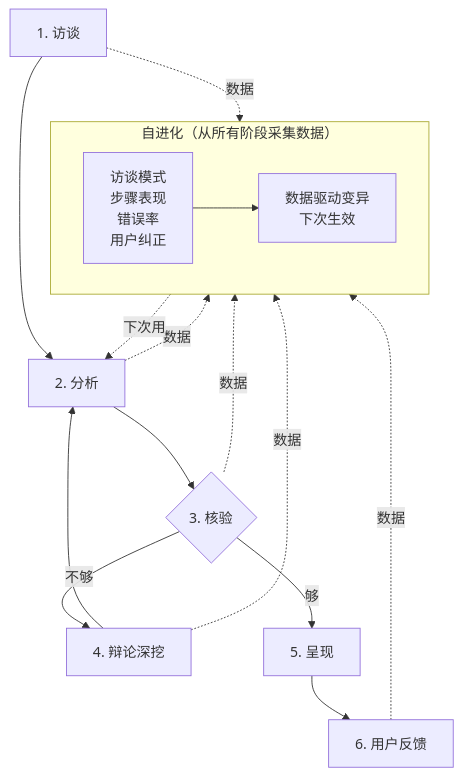
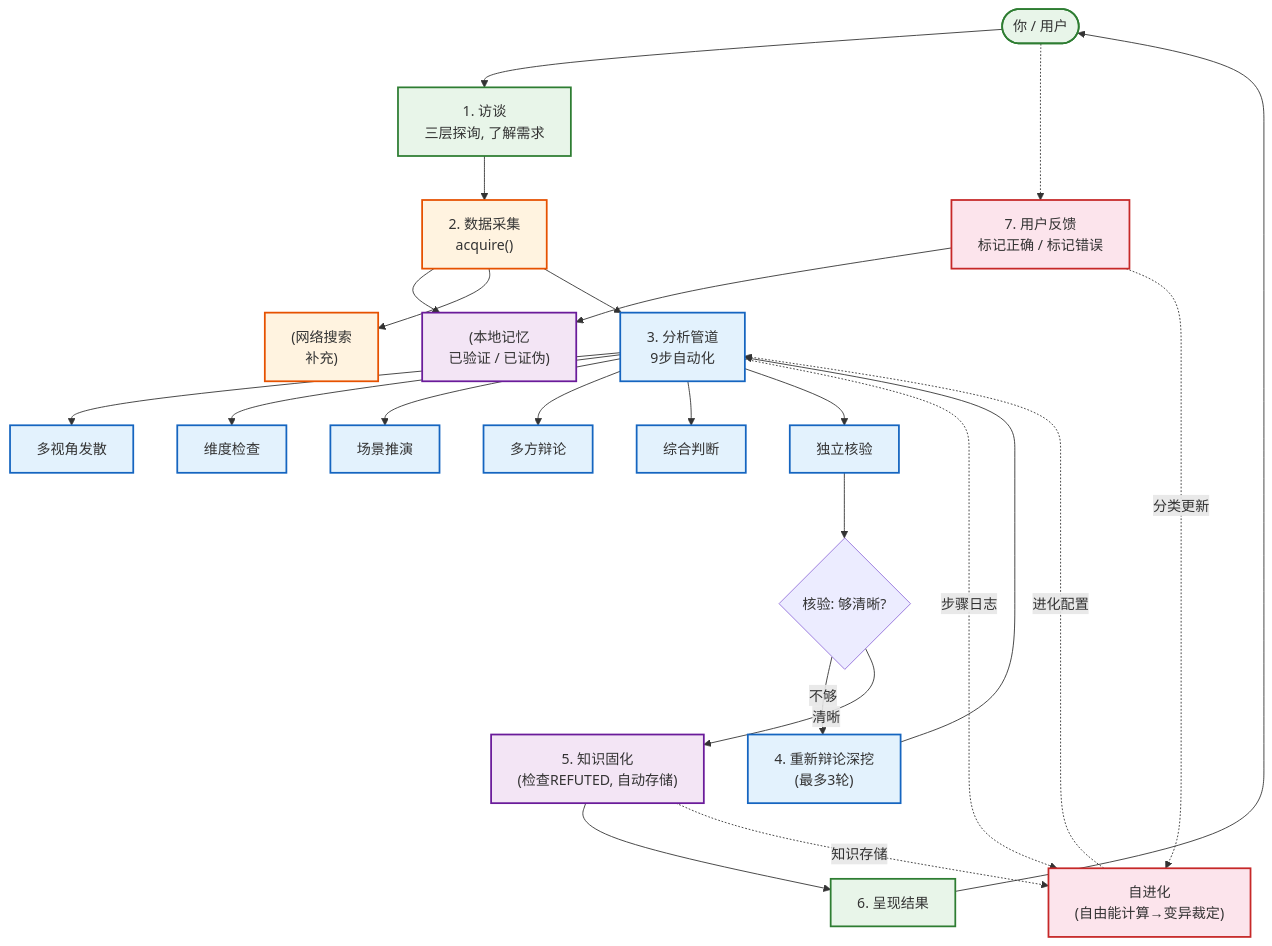
Before and after one commit to ljjluke/ponder-skill: the diagram in README_CN.md, drawn with Mermaid. The commit also changed other lines of this file and 1 other file, not shown here.

Commit message:
docs: 架构图重绘(基于代码扫描)+ README布局优化
- 彩色Mermaid架构图(5色分层:用户/管道/数据/记忆/进化)
- 双栏布局: 左侧功能介绍, 右侧快速安装
- 中英文同步
- 基于实际代码扫描绘制, 非LLM臆想

````diff
--- a/README_CN.md
+++ b/README_CN.md
@@ -39,21 +59,37 @@
 ```mermaid
 flowchart TB
-    subgraph SE["自进化（从所有阶段采集数据）"]
-        direction LR
-        SE_IN["访谈模式<br/>步骤表现<br/>错误率<br/>用户纠正"] --> SE_OUT["数据驱动变异<br/>下次生效"]
-    end
+    classDef user fill:#e8f5e9,stroke:#2e7d32,stroke-width:2px
+    classDef pipeline fill:#e3f2fd,stroke:#1565c0,stroke-width:2px
+    classDef data fill:#fff3e0,stroke:#e65100,stroke-width:2px
+    classDef memory fill:#f3e5f5,stroke:#6a1b9a,stroke-width:2px
+    classDef evolve fill:#fce4ec,stroke:#c62828,stroke-width:2px
 
-    A["1. 访谈"] --> B["2. 分析"]
-    B --> C{"3. 核验"}
-    C -->|不够| D["4. 辩论深挖"]
-    D --> B
-    C -->|够| E["5. 呈现"]
-    E --> F["6. 用户反馈"]
+    U(["你 / 用户"]):::user --> I["1. 访谈<br/>三层探询, 了解需求"]:::user
 
-    A -.->|数据| SE_IN
-    B -.->|数据| SE_IN
-    C -.->|数据| SE_IN
-    D -.->|数据| SE_IN
-    F -.->|数据| SE_IN
-    SE_OUT -.->|下次用| B
+    I --> ACQ["2. 数据采集<br/>acquire()"]:::data
+    ACQ --> MMA["(本地记忆<br/>已验证 / 已证伪)"]:::memory
+    ACQ --> WEB["(网络搜索<br/>补充)"]:::data
+
+    ACQ --> P["3. 分析管道<br/>9步自动化"]:::pipeline
+    P --> P1["多视角发散"]:::pipeline
+    P --> P2["维度检查"]:::pipeline
+    P --> P3["场景推演"]:::pipeline
+    P --> P4["多方辩论"]:::pipeline
+    P --> P5["综合判断"]:::pipeline
+    P --> P6["独立核验"]:::pipeline
+
+    P6 --> V{"核验: 够清晰?"}
+    V -->|不够| D["4. 重新辩论深挖<br/>(最多3轮)"]:::pipeline
+    D --> P
+    V -->|清晰| C["5. 知识固化<br/>(检查REFUTED, 自动存储)"]:::memory
+
+    C --> PRES["6. 呈现结果"]:::user
+    PRES --> U
+    U -.-> FB["7. 用户反馈<br/>标记正确 / 标记错误"]:::evolve
+    FB --> MMA
+
+    P -.->|步骤日志| EV["自进化<br/>(自由能计算→变异裁定)"]:::evolve
+    C -.->|知识存储| EV
+    FB -.->|分类更新| EV
+    EV -.->|进化配置| P
 ```
````
